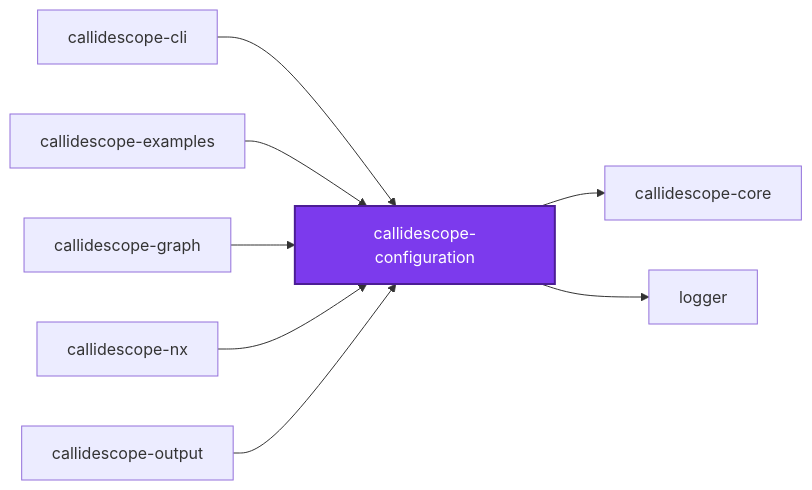
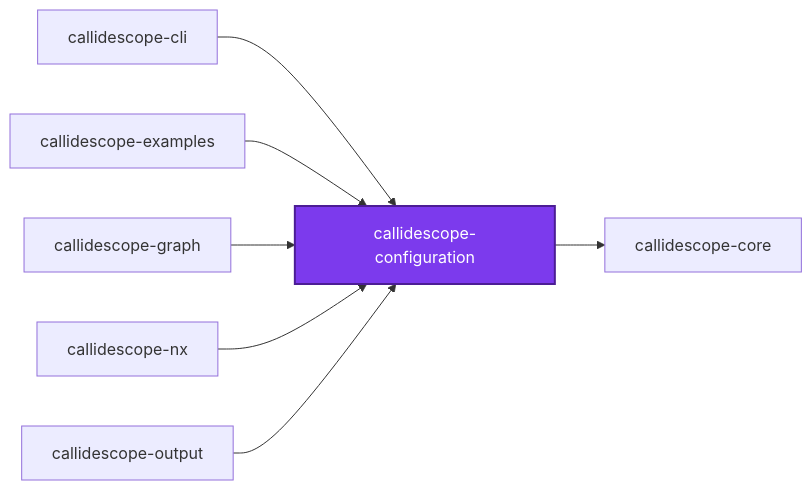
Before and after one commit to JimmyPaolini/codebase: the first of 3 diagrams in packages/ic-suite/callidescope/callidescope-configuration/README.md, drawn with Mermaid. The commit also changed other lines of this file and 251 other files, not shown here.

````diff
--- a/packages/ic-suite/callidescope/callidescope-configuration/README.md
+++ b/packages/ic-suite/callidescope/callidescope-configuration/README.md
@@ -663,20 +663,18 @@
 ```mermaid
 graph LR
   callidescope_cli["callidescope-cli"]
   callidescope_configuration["callidescope-configuration"]
   callidescope_core["callidescope-core"]
   callidescope_examples["callidescope-examples"]
   callidescope_graph["callidescope-graph"]
   callidescope_nx["callidescope-nx"]
   callidescope_output["callidescope-output"]
-  logger["logger"]
   callidescope_cli --> callidescope_configuration
   callidescope_configuration --> callidescope_core
-  callidescope_configuration --> logger
   callidescope_examples --> callidescope_configuration
   callidescope_graph --> callidescope_configuration
   callidescope_nx --> callidescope_configuration
   callidescope_output --> callidescope_configuration
   classDef subject fill:#7c3aed,color:#fff,stroke:#4c1d95,stroke-width:2px
   class callidescope_configuration subject
 ```
````
